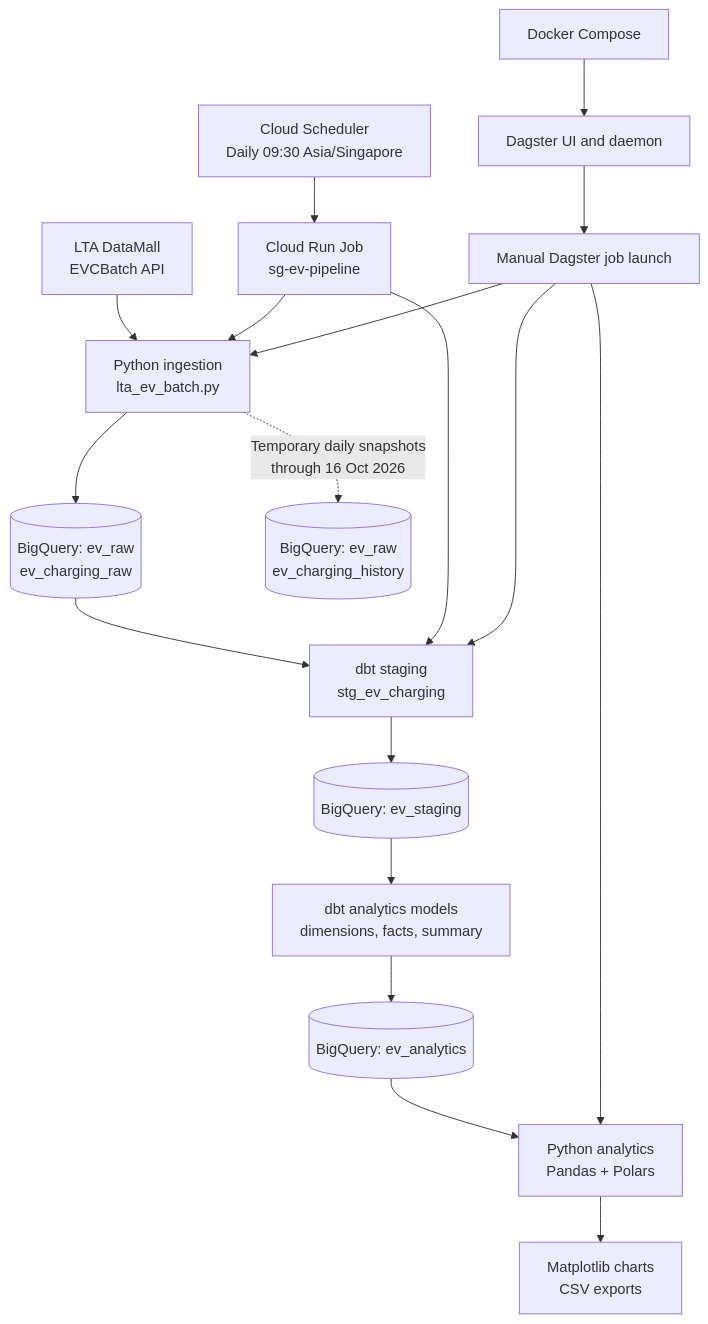
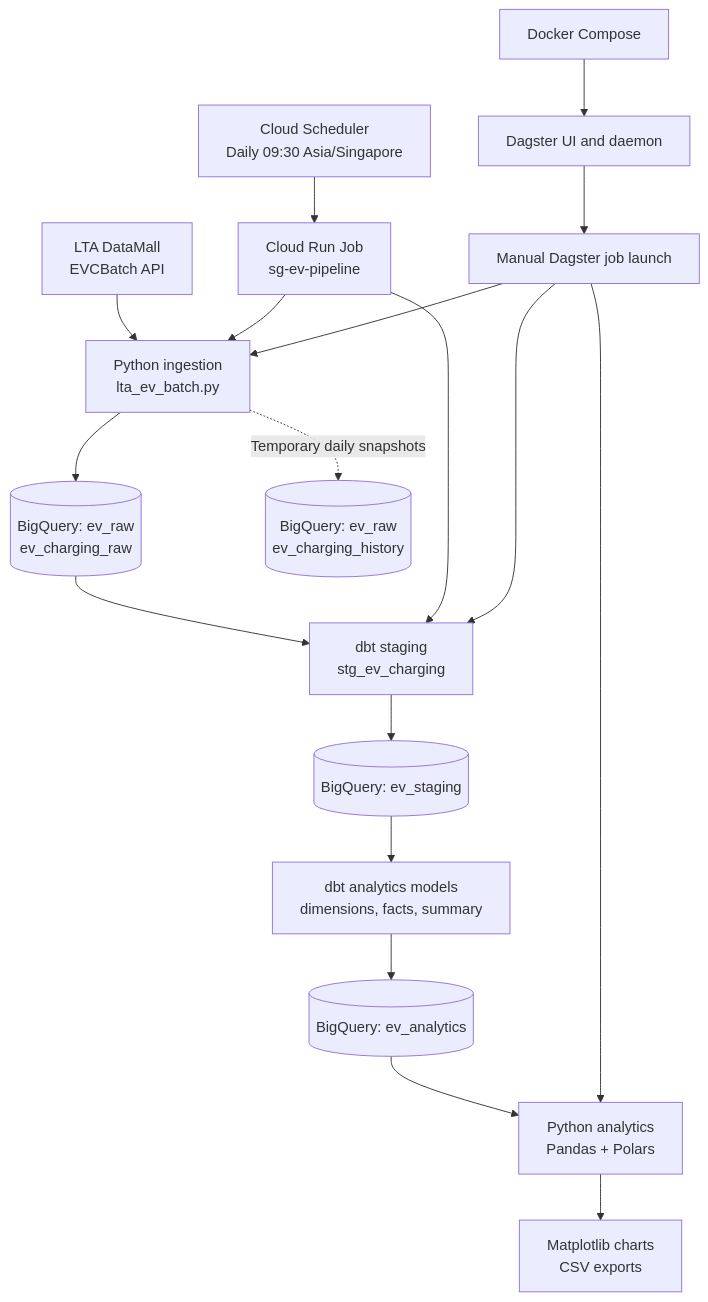
The diagram in sg-ev/docs/architecture.md (eric-ho-888/Project_2), drawn with Mermaid before and after one commit. The commit also changed other lines of this file and 2 other files, not shown here.

Commit message:
remove syntax on snapshot till 16/10, update words/diagrams in architecture and readme

````diff
--- a/sg-ev/docs/architecture.md
+++ b/sg-ev/docs/architecture.md
@@ -23,40 +23,40 @@
 ```mermaid
 flowchart TD
     A["LTA DataMall<br/>EVCBatch API"]
     B["Python ingestion<br/>lta_ev_batch.py"]
     C[("BigQuery: ev_raw<br/>ev_charging_raw")]
     H[("BigQuery: ev_raw<br/>ev_charging_history")]
     D["dbt staging<br/>stg_ev_charging"]
     E[("BigQuery: ev_staging")]
     F["dbt analytics models<br/>dimensions, facts, summary"]
     G[("BigQuery: ev_analytics")]
     I["Python analytics<br/>Pandas + Polars"]
     J["Matplotlib charts<br/>CSV exports"]
 
     S["Cloud Scheduler<br/>Daily 09:30 Asia/Singapore"]
     R["Cloud Run Job<br/>sg-ev-pipeline"]
 
     DS["Docker Compose"]
     DG["Dagster UI and daemon"]
     M["Manual Dagster job launch"]
 
     A --> B
     B --> C
-    B -. "Temporary daily snapshots<br/>through 16 Oct 2026" .-> H
+    B -. "Temporary daily snapshots" .-> H
     C --> D
     D --> E
     E --> F
     F --> G
     G --> I
     I --> J
 
     S --> R
     R --> B
     R --> D
 
     DS --> DG
     DG --> M
     M --> B
     M --> D
     M --> I
 ```
````
